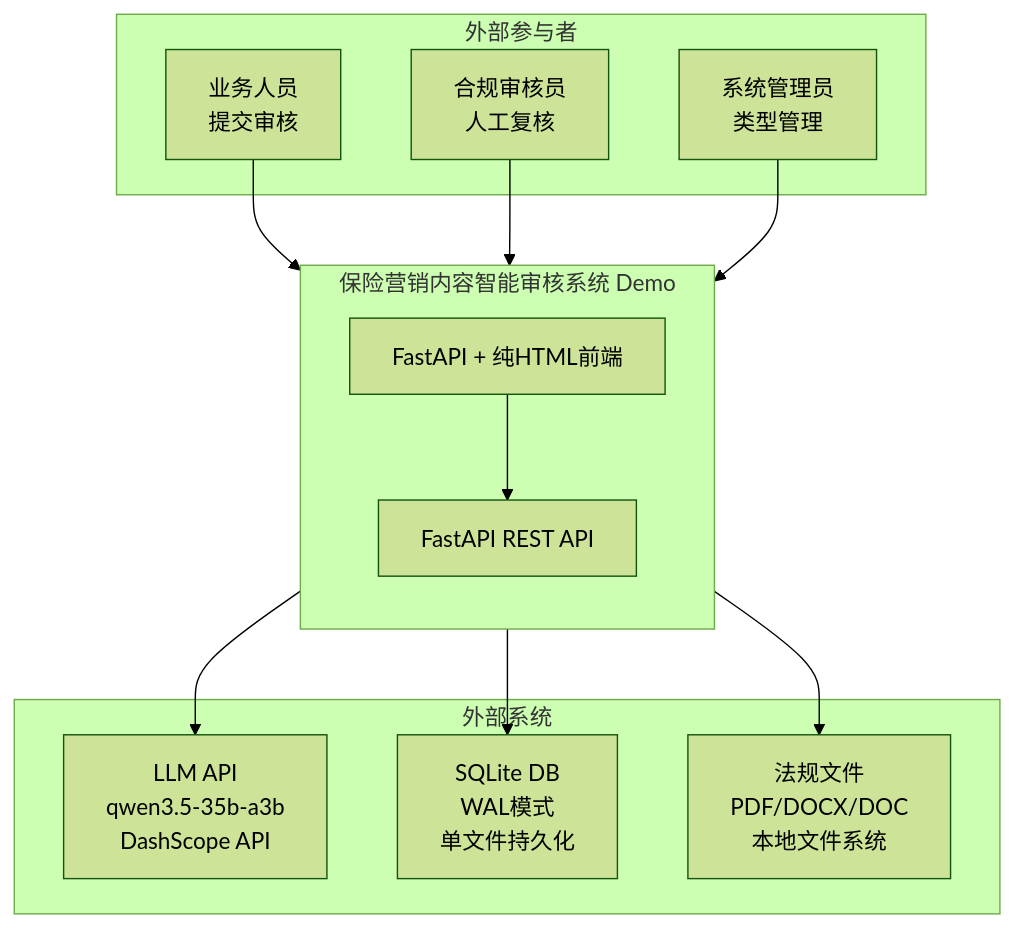
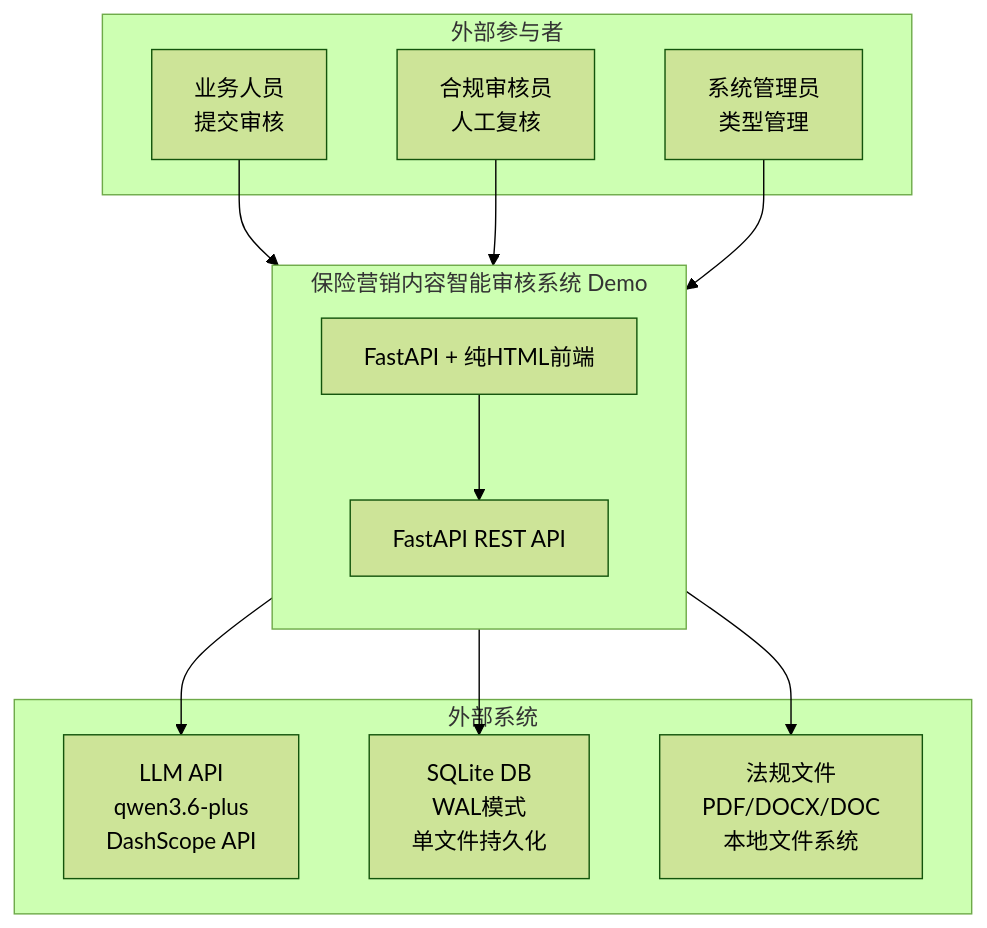
Before and after one commit to elaine2233/AI-Agent-RAG-for-complaince: the first of 5 diagrams in docs/archive/architecture-demo.md, drawn with Mermaid (forest theme). The commit also changed other lines of this file and 9 other files, not shown here.

````diff
--- a/docs/archive/architecture-demo.md
+++ b/docs/archive/architecture-demo.md
@@ -36,28 +36,28 @@
 ```mermaid
 flowchart TB
     subgraph actors [外部参与者]
         A1[业务人员<br/>提交审核]
         A2[合规审核员<br/>人工复核]
         A3[系统管理员<br/>类型管理]
     end
 
     subgraph system [保险营销内容智能审核系统 Demo]
         direction TB
         UI[FastAPI + 纯HTML前端]
         API[FastAPI REST API]
     end
 
     subgraph external [外部系统]
-        LLM[LLM API<br/>qwen3.5-35b-a3b<br/>DashScope API]
+        LLM[LLM API<br/>qwen3.6-plus<br/>DashScope API]
         DB[SQLite DB<br/>WAL模式<br/>单文件持久化]
         REG[法规文件<br/>PDF/DOCX/DOC<br/>本地文件系统]
     end
 
     A1 --> UI
     A2 --> UI
     A3 --> UI
     UI --> API
     API --> LLM
     API --> DB
     API --> REG
 ```
````
